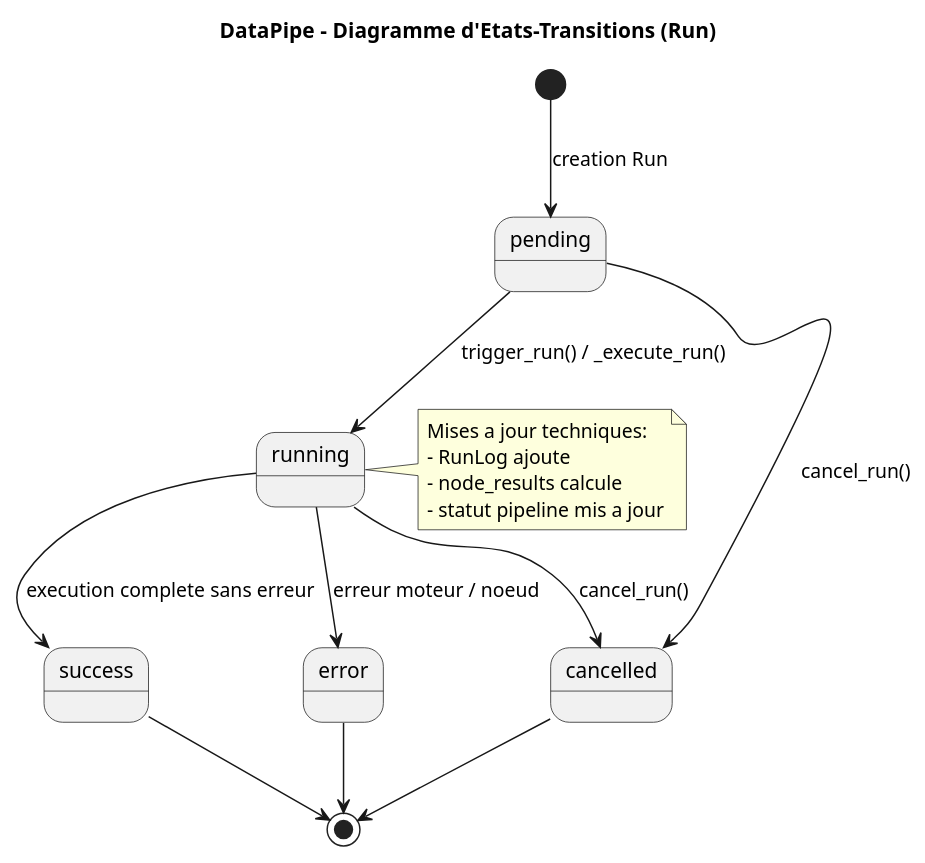
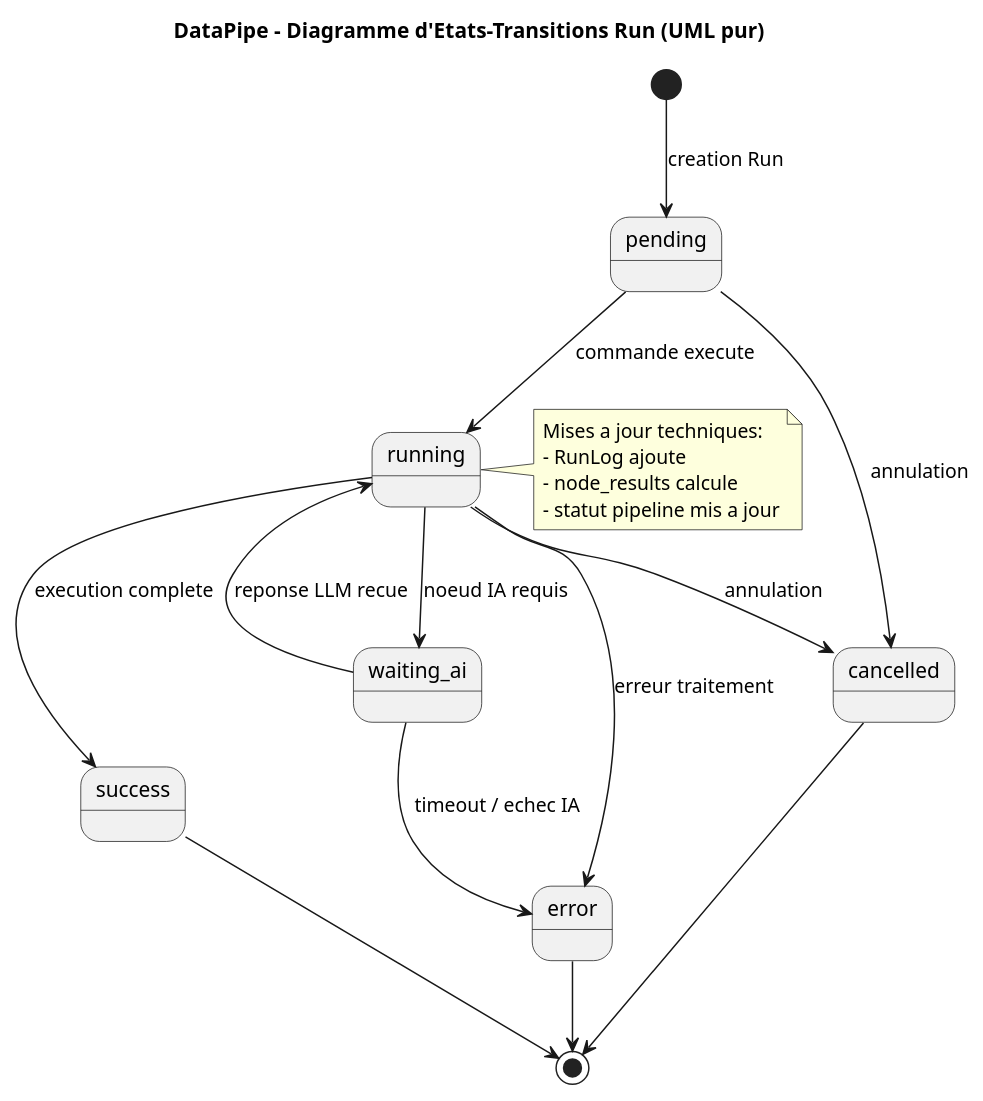
Before and after one commit to Delmat237/DataPipe---ETL-Visuel-pour-Pipelines-Bancaires: the diagram in conception/05_etat_transition_run.puml, drawn with PlantUML. The commit also changed 11 other files, not shown here.

First line of the commit message:
docs: refondre la modélisation UML en vue système

```diff
--- a/conception/05_etat_transition_run.puml
+++ b/conception/05_etat_transition_run.puml
@@ -1,24 +1,28 @@
 @startuml
-title DataPipe - Diagramme d'Etats-Transitions (Run)
+title DataPipe - Diagramme d'Etats-Transitions Run (UML pur)
 skinparam shadowing false
 
 [*] --> pending : creation Run
-pending --> running : trigger_run() / _execute_run()
+pending --> running : commande execute
 
-running --> success : execution complete sans erreur
-running --> error : erreur moteur / noeud
-pending --> cancelled : cancel_run()
-running --> cancelled : cancel_run()
+running --> waiting_ai : noeud IA requis
+waiting_ai --> running : reponse LLM recue
+
+running --> success : execution complete
+running --> error : erreur traitement
+pending --> cancelled : annulation
+running --> cancelled : annulation
 
 success --> [*]
 error --> [*]
 cancelled --> [*]
+waiting_ai --> error : timeout / echec IA
 
 note right of running
 Mises a jour techniques:
 - RunLog ajoute
 - node_results calcule
 - statut pipeline mis a jour
 end note
 
 @enduml
```
